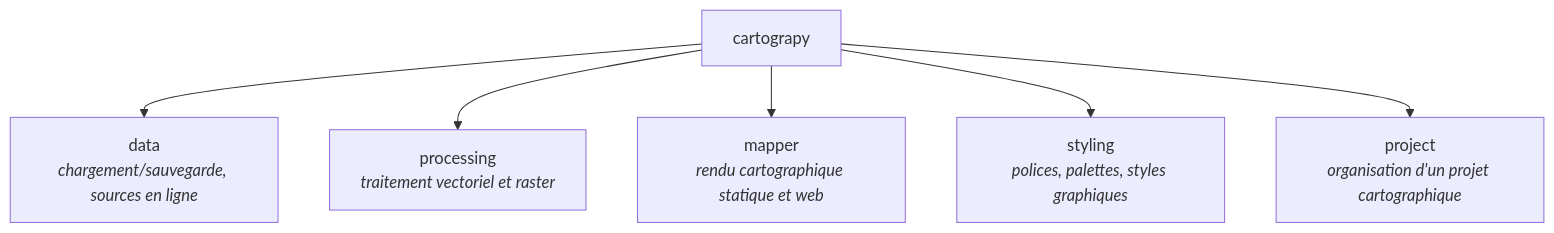
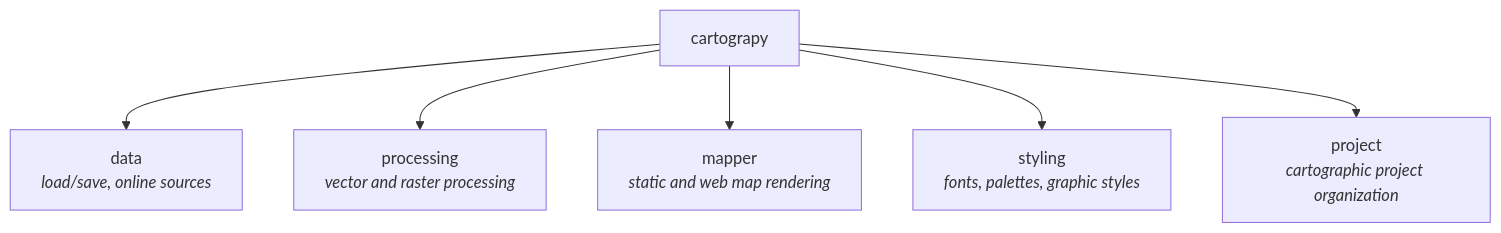
One commit to Mr-KAM/cartograpy changed the second of 2 diagrams in README.md. Above: the diagram before and after it, drawn with Mermaid. The commit also changed other lines of this file and 1 other file, not shown here.

````diff
--- a/README.md
+++ b/README.md
@@ -91,8 +88,8 @@
 ```mermaid
 graph TD
-    A["cartograpy"] --> D["data<br/><i>chargement/sauvegarde, sources en ligne</i>"]
-    A --> P["processing<br/><i>traitement vectoriel et raster</i>"]
-    A --> M["mapper<br/><i>rendu cartographique statique et web</i>"]
-    A --> S["styling<br/><i>polices, palettes, styles graphiques</i>"]
-    A --> PR["project<br/><i>organisation d'un projet cartographique</i>"]
+    A["cartograpy"] --> D["data<br/><i>load/save, online sources</i>"]
+    A --> P["processing<br/><i>vector and raster processing</i>"]
+    A --> M["mapper<br/><i>static and web map rendering</i>"]
+    A --> S["styling<br/><i>fonts, palettes, graphic styles</i>"]
+    A --> PR["project<br/><i>cartographic project organization</i>"]
 ```
````
